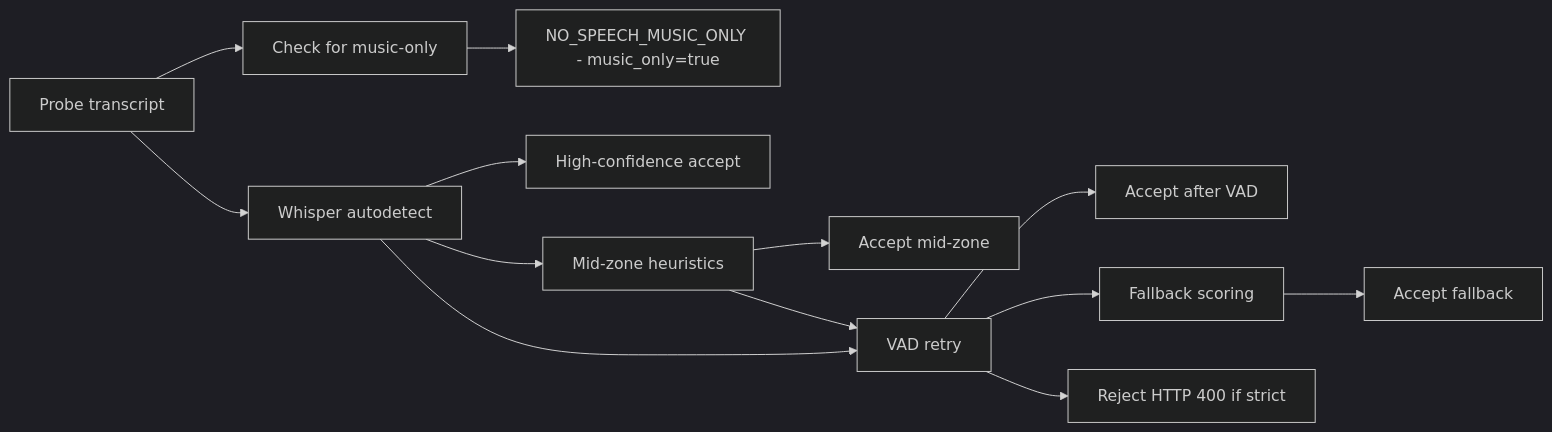
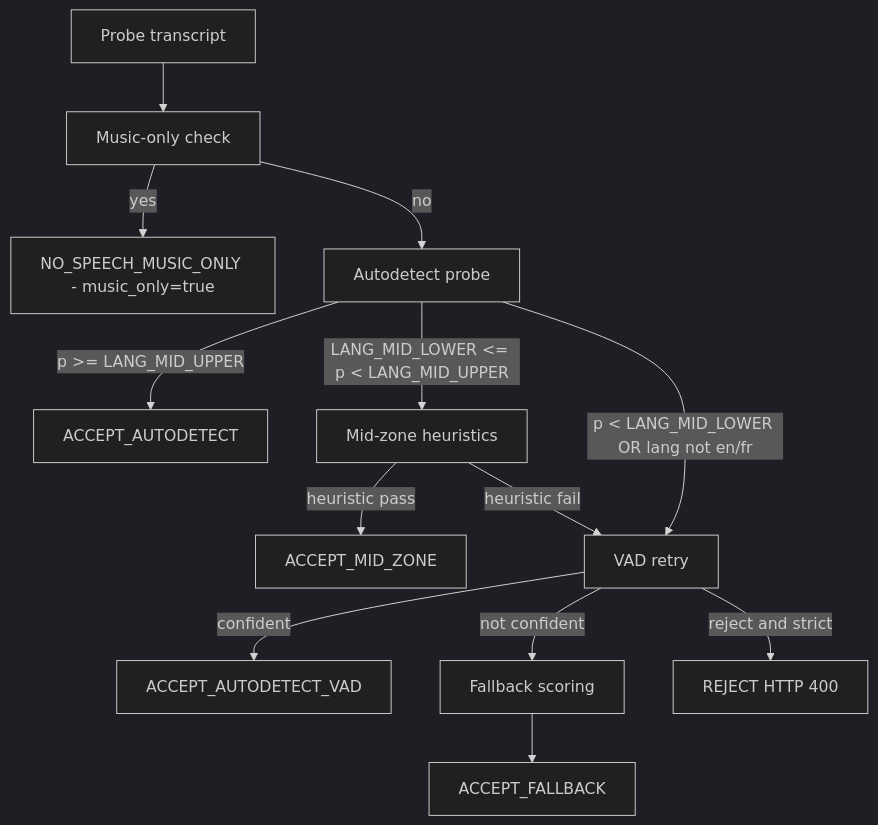
The second of 3 diagrams in Readme.md (cisco7507/LangId-mr), drawn with Mermaid (dark theme) before and after one commit. The commit also changed other lines of this file, not shown here.

````diff
--- a/Readme.md
+++ b/Readme.md
@@ -204,18 +89,15 @@
 ```mermaid
-flowchart LR
-    Probe[Probe transcript] --> MusicOnlyCheck[Check for music-only]
-    MusicOnlyCheck --> MusicOnlyFlag[NO_SPEECH_MUSIC_ONLY - music_only=true]
-    Probe --> Detect[Whisper autodetect]
-
-    Detect --> HighAccept[High-confidence accept]
-    Detect --> MidZone[Mid-zone heuristics]
-    MidZone --> MidAccept[Accept mid-zone]
-    MidZone --> VADRetry[VAD retry]
-
-    Detect --> VADRetry
-    VADRetry --> VADAccept[Accept after VAD]
-    VADRetry --> Fallback[Fallback scoring]
-    Fallback --> FallbackAccept[Accept fallback]
-
-    VADRetry --> Reject[Reject HTTP 400 if strict]
+flowchart TD
+  Probe[Probe transcript] --> MusicCheck[Music-only check]
+  MusicCheck -->|yes| MusicFlag[NO_SPEECH_MUSIC_ONLY - music_only=true]
+  MusicCheck -->|no| Detect[Autodetect probe]
+  Detect -->|p >= LANG_MID_UPPER| AcceptHigh[ACCEPT_AUTODETECT]
+  Detect -->|LANG_MID_LOWER <= p < LANG_MID_UPPER| MidZone[Mid-zone heuristics]
+  MidZone -->|heuristic pass| AcceptMid[ACCEPT_MID_ZONE]
+  MidZone -->|heuristic fail| VADRetry[VAD retry]
+  Detect -->|p < LANG_MID_LOWER OR lang not en/fr| VADRetry
+  VADRetry -->|confident| AcceptVAD[ACCEPT_AUTODETECT_VAD]
+  VADRetry -->|not confident| Fallback[Fallback scoring]
+  Fallback --> AcceptFallback[ACCEPT_FALLBACK]
+  VADRetry -->|reject and strict| Reject[REJECT HTTP 400]
 ```
````
